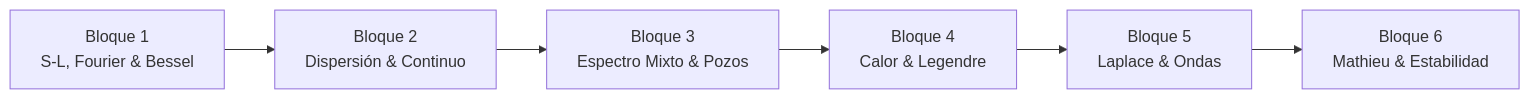
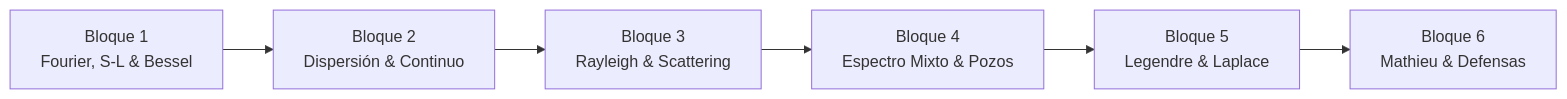
One commit to razamoraz/MAFisica_2027_1 changed the diagram in index.md. Above: the diagram before and after it, drawn with Mermaid. The commit also changed other lines of this file and 8 other files, not shown here.

````diff
--- a/index.md
+++ b/index.md
@@ -26,8 +26,8 @@
 ```mermaid
 graph LR
-    B1["Bloque 1<br>S-L, Fourier & Bessel"] --> B2["Bloque 2<br>Dispersión & Continuo"]
-    B2 --> B3["Bloque 3<br>Espectro Mixto & Pozos"]
-    B3 --> B4["Bloque 4<br>Calor & Legendre"]
-    B4 --> B5["Bloque 5<br>Laplace & Ondas"]
-    B5 --> B6["Bloque 6<br>Mathieu & Estabilidad"]
+    B1["Bloque 1<br>Fourier, S-L & Bessel"] --> B2["Bloque 2<br>Dispersión & Continuo"]
+    B2 --> B3["Bloque 3<br>Rayleigh & Scattering"]
+    B3 --> B4["Bloque 4<br>Espectro Mixto & Pozos"]
+    B4 --> B5["Bloque 5<br>Legendre & Laplace"]
+    B5 --> B6["Bloque 6<br>Mathieu & Defensas"]
 ```
````
